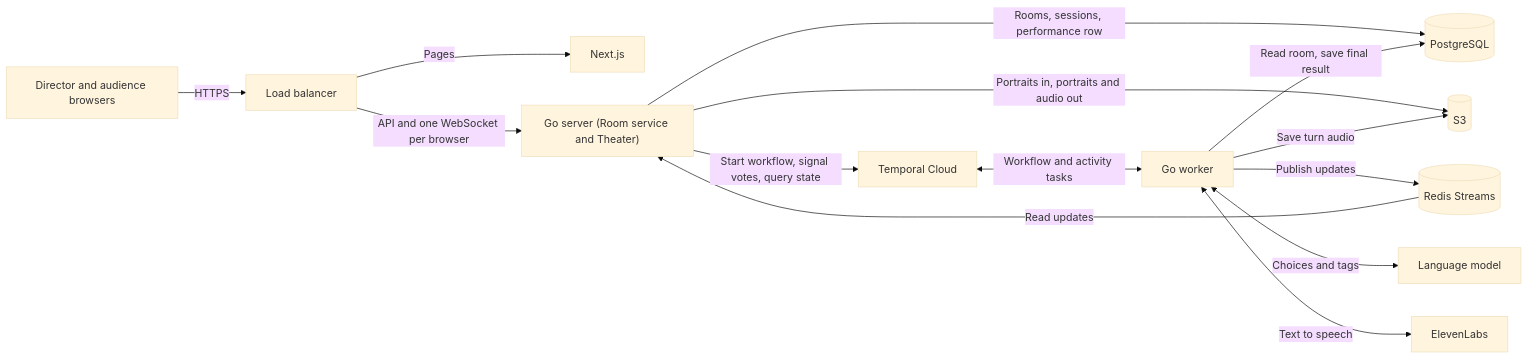
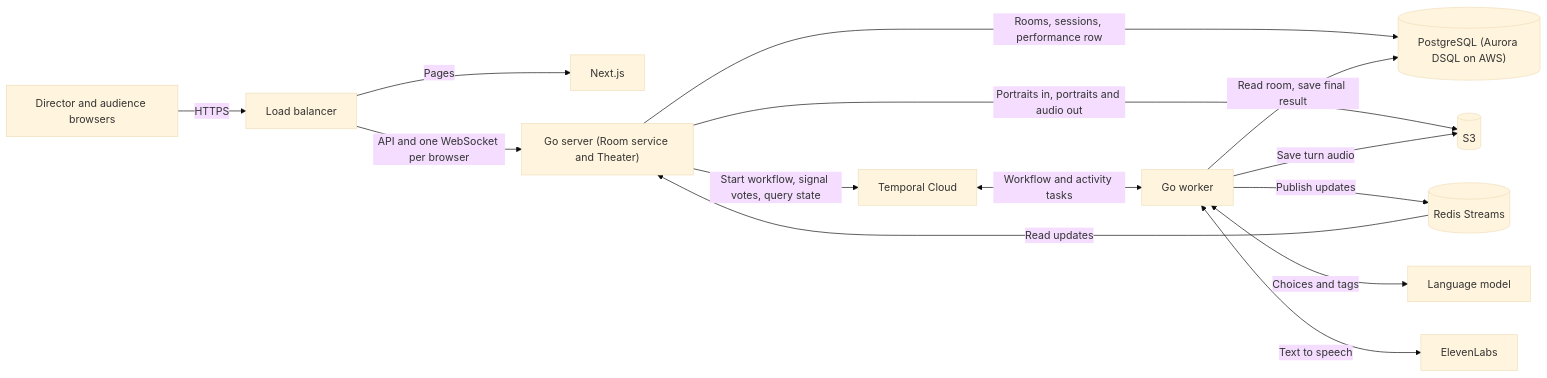
Before and after one commit to conghan-tay/MonsterTheatre_01: the first of 3 diagrams in docs/system-design.md, drawn with Mermaid (base theme). The commit also changed other lines of this file and 4 other files, not shown here.

Commit message:
Aurora DSQL

````diff
--- a/docs/system-design.md
+++ b/docs/system-design.md
@@ -60,16 +60,16 @@
 ```mermaid
 flowchart LR
     Browser[Director and audience browsers] -->|HTTPS| ALB[Load balancer]
     ALB -->|Pages| Web[Next.js]
     ALB -->|API and one WebSocket per browser| Server["Go server (Room service and Theater)"]
-    Server -->|Rooms, sessions, performance row| DB[(PostgreSQL)]
+    Server -->|Rooms, sessions, performance row| DB[("PostgreSQL (Aurora DSQL on AWS)")]
     Server -->|Portraits in, portraits and audio out| S3[(S3)]
     Server -->|Start workflow, signal votes, query state| Temporal[Temporal Cloud]
     Temporal <-->|Workflow and activity tasks| Worker[Go worker]
     Worker -->|Publish updates| Redis[(Redis Streams)]
     Redis -->|Read updates| Server
     Worker -->|Read room, save final result| DB
     Worker -->|Save turn audio| S3
     Worker <-->|Choices and tags| LLM[Language model]
     Worker <-->|Text to speech| TTS[ElevenLabs]
 ```
````
